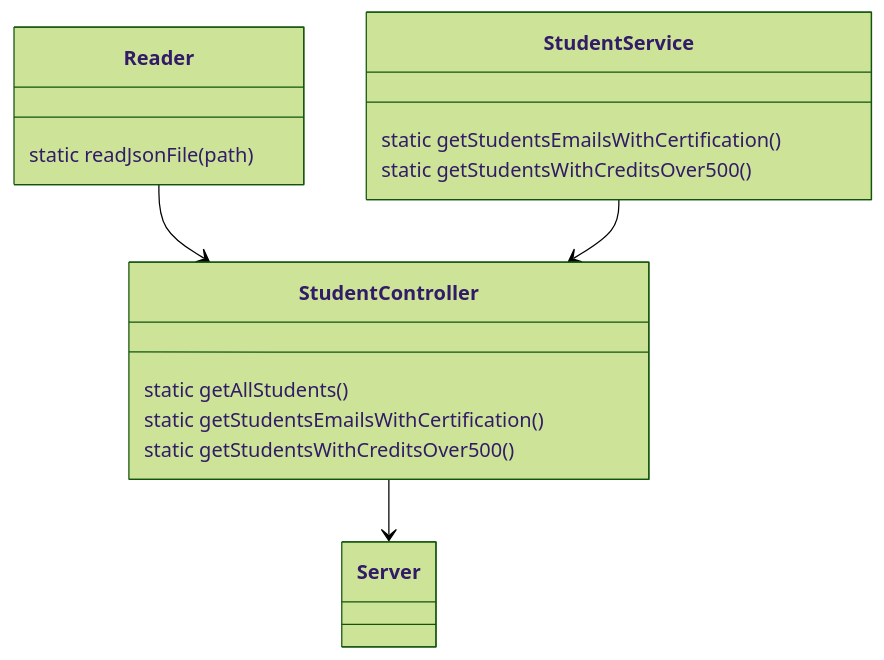
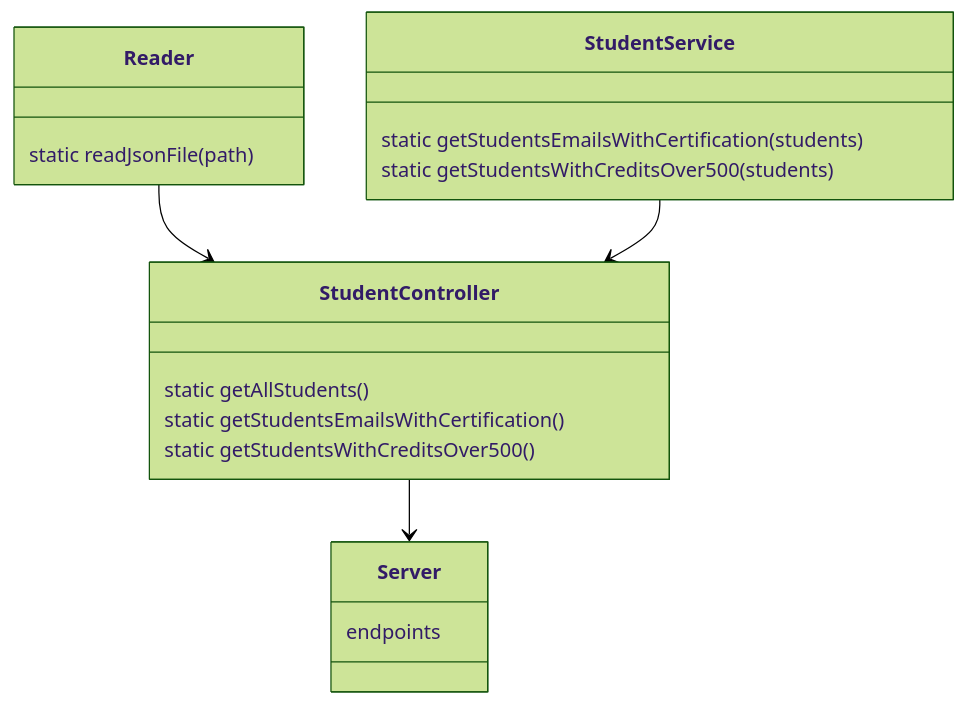
The diagram in README.md (EduardoMorales98/Cursos-de-Visual-Thinking-API), drawn with Mermaid (forest theme) before and after one commit. The commit also changed other lines of this file, not shown here.

````diff
--- a/README.md
+++ b/README.md
@@ -3,23 +78,22 @@
 ```mermaid
 classDiagram
-
       Reader --> StudentController
       StudentService --> StudentController
       StudentController --> Server
       class StudentController{
           static getAllStudents()
           static getStudentsEmailsWithCertification()
           static getStudentsWithCreditsOver500()
       }
       class StudentService{
-          static getStudentsEmailsWithCertification()
-          static getStudentsWithCreditsOver500()
+          static getStudentsEmailsWithCertification(students)
+          static getStudentsWithCreditsOver500(students)
       }
       class Server{
-          
+          endpoints
       }
 
       class  Reader{
           static readJsonFile(path)
       }
 ```
````
